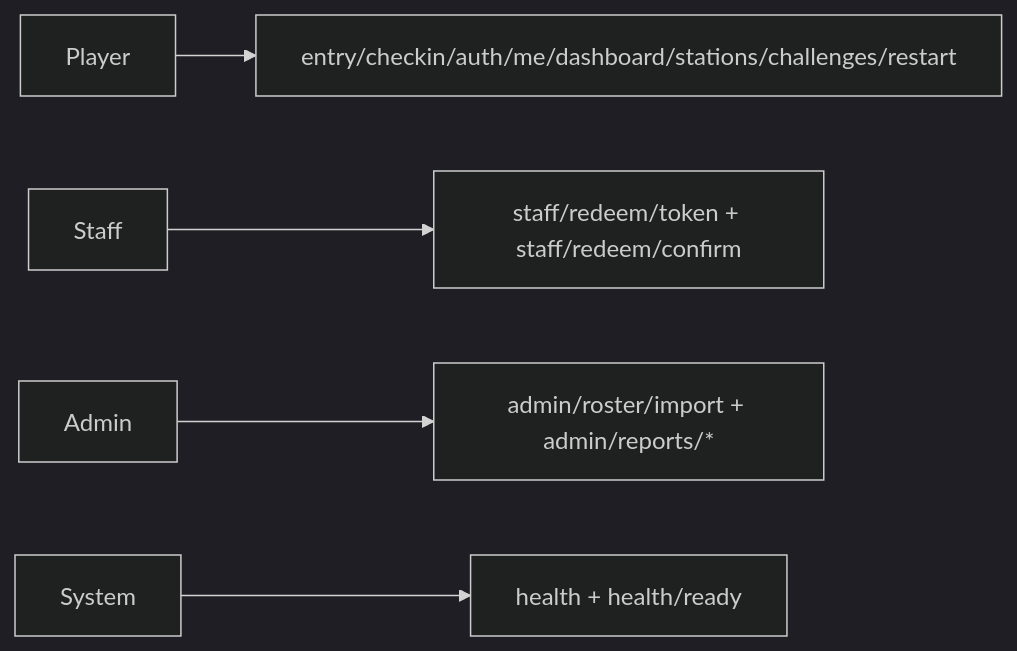
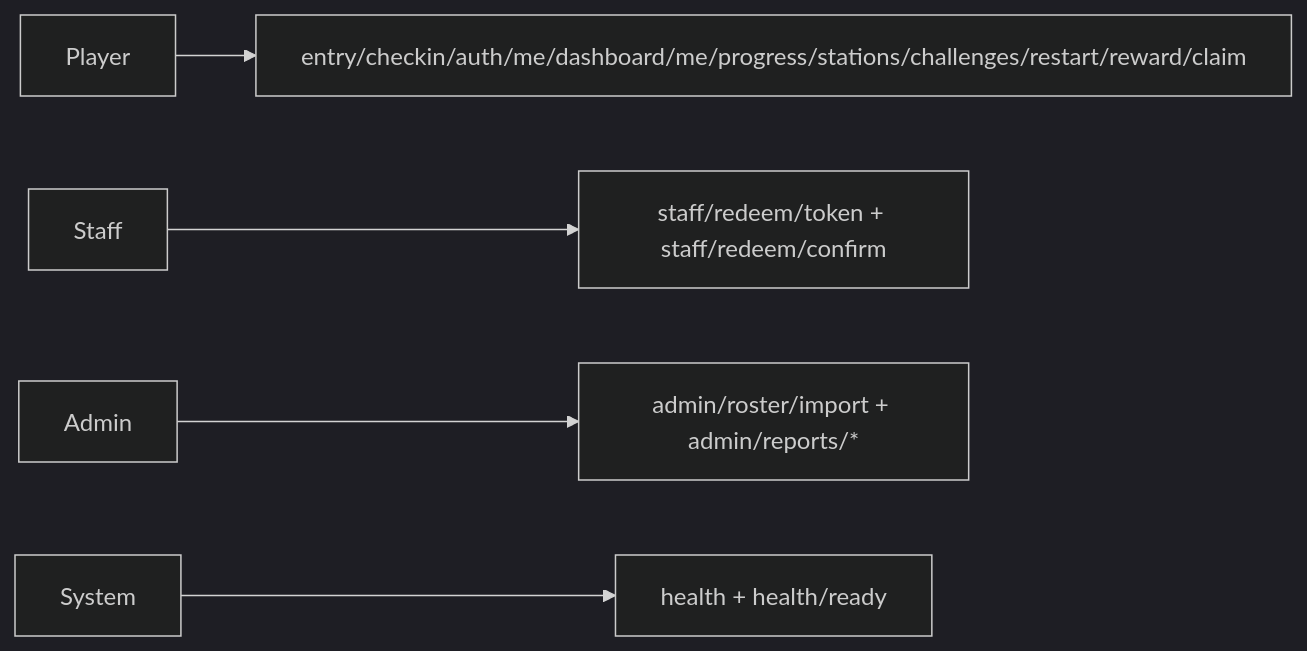
One commit to BrianChang1212/FamilyDay_GreenWorld changed the diagram in README.md. Above: the diagram before and after it, drawn with Mermaid (dark theme). The commit also changed other lines of this file and 65 other files, not shown here.

First line of the commit message:
feat: Firestore-backed auth/checkin, game reward flow, and doc/mock parity

````diff
--- a/README.md
+++ b/README.md
@@ -232,7 +259,7 @@
 ```mermaid
 flowchart LR
-  P[Player] --> PAPI["entry/checkin/auth/me/dashboard/stations/challenges/restart"]
+  P[Player] --> PAPI["entry/checkin/auth/me/dashboard/me/progress/stations/challenges/restart/reward/claim"]
   S[Staff] --> SAPI["staff/redeem/token + staff/redeem/confirm"]
   A[Admin] --> AAPI["admin/roster/import + admin/reports/*"]
   H[System] --> HAPI["health + health/ready"]
 ```
````
